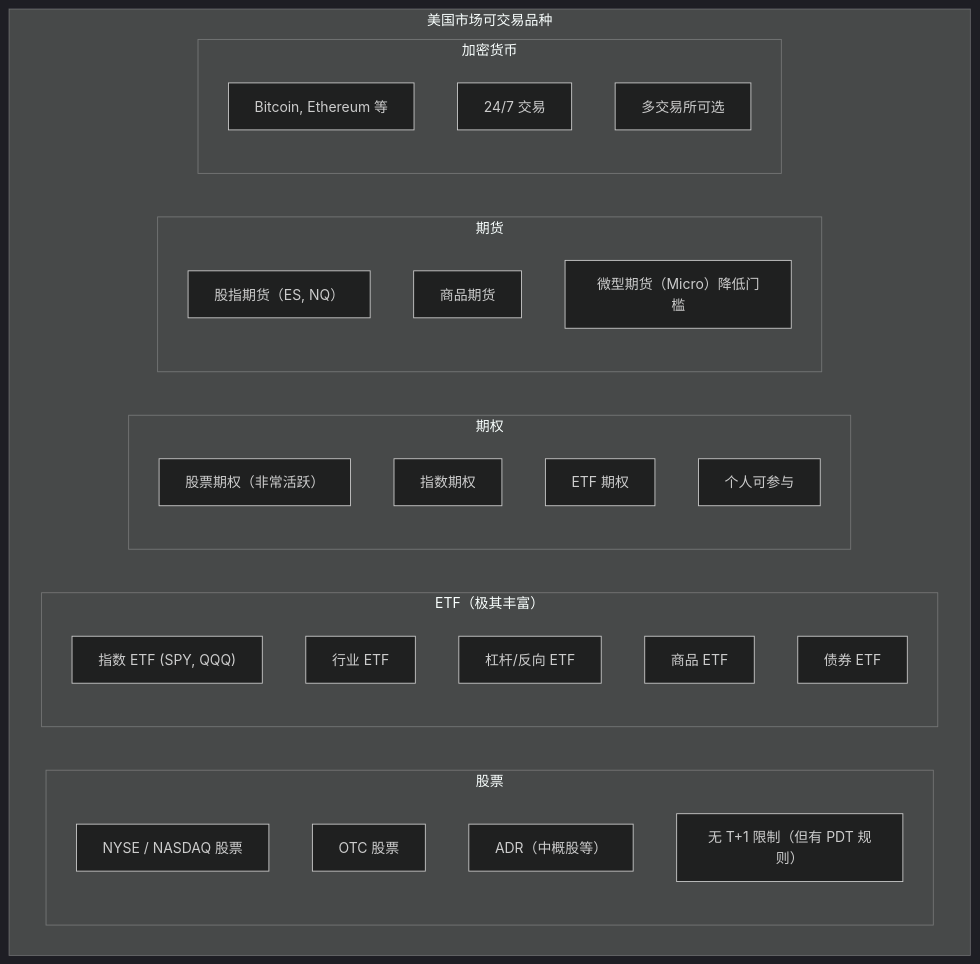
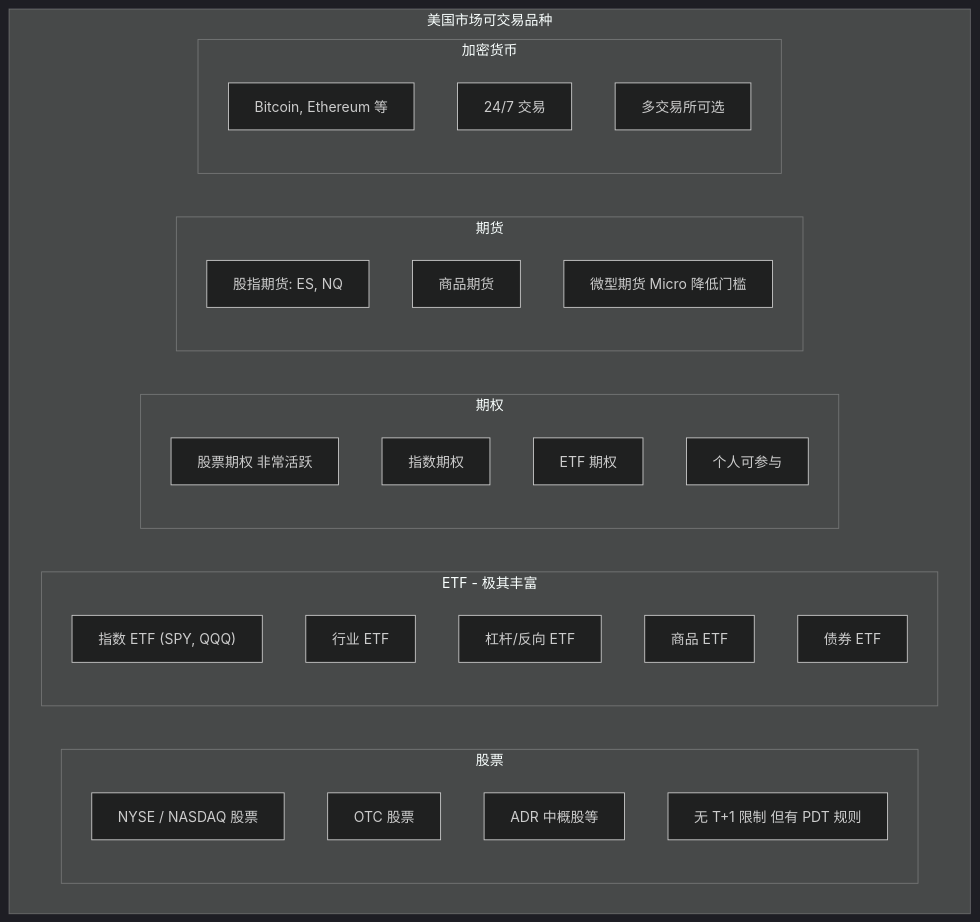
One commit to jpixy/jpixy.github.io changed the first of 13 diagrams in content/articles/quant/quant-04-全球量化交易接口与数据.md. Above: the diagram before and after it, drawn with Mermaid (dark theme). The commit also changed other lines of this file and 66 other files, not shown here.

Commit message:
fix: resolve Mermaid syntax errors by removing parentheses in node labels

````diff
--- a/content/articles/quant/quant-04-全球量化交易接口与数据.md
+++ b/content/articles/quant/quant-04-全球量化交易接口与数据.md
@@ -19,34 +19,34 @@
 ```mermaid
 graph TB
     subgraph 美股品种["美国市场可交易品种"]
         subgraph 股票
             G1["NYSE / NASDAQ 股票"]
             G2["OTC 股票"]
-            G3["ADR（中概股等）"]
-            G4["无 T+1 限制（但有 PDT 规则）"]
+            G3["ADR 中概股等"]
+            G4["无 T+1 限制 但有 PDT 规则"]
         end
-        subgraph ETF["ETF（极其丰富）"]
+        subgraph ETF["ETF - 极其丰富"]
             E1["指数 ETF (SPY, QQQ)"]
             E2["行业 ETF"]
             E3["杠杆/反向 ETF"]
             E4["商品 ETF"]
             E5["债券 ETF"]
         end
         subgraph 期权
-            Q1["股票期权（非常活跃）"]
+            Q1["股票期权 非常活跃"]
             Q2["指数期权"]
             Q3["ETF 期权"]
             Q4["个人可参与"]
         end
         subgraph 期货
-            F1["股指期货（ES, NQ）"]
+            F1["股指期货: ES, NQ"]
             F2["商品期货"]
-            F3["微型期货（Micro）降低门槛"]
+            F3["微型期货 Micro 降低门槛"]
         end
         subgraph 加密货币
             C1["Bitcoin, Ethereum 等"]
             C2["24/7 交易"]
             C3["多交易所可选"]
         end
     end
 ```
````
